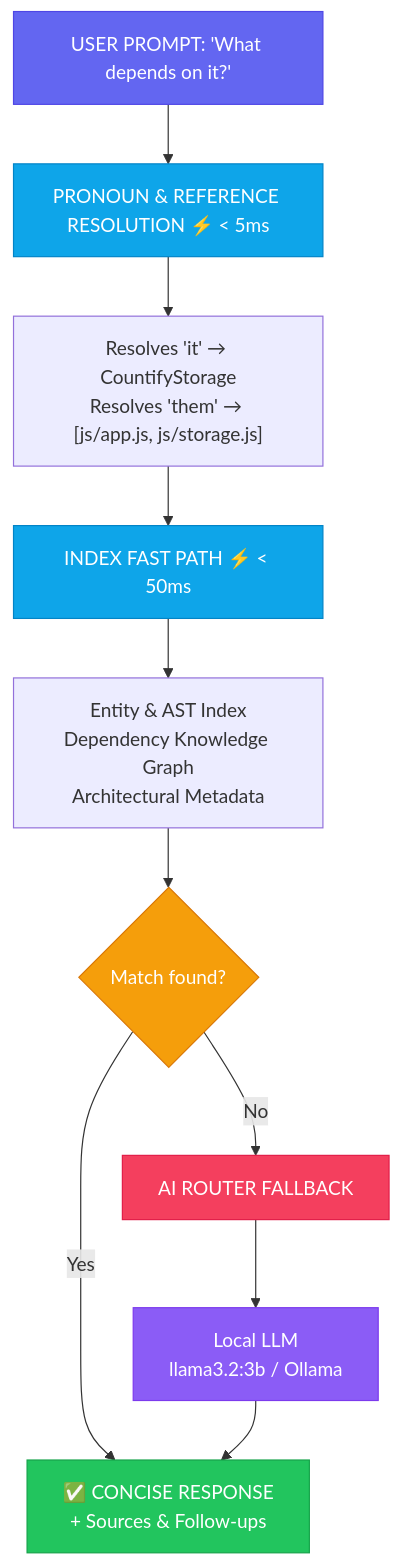
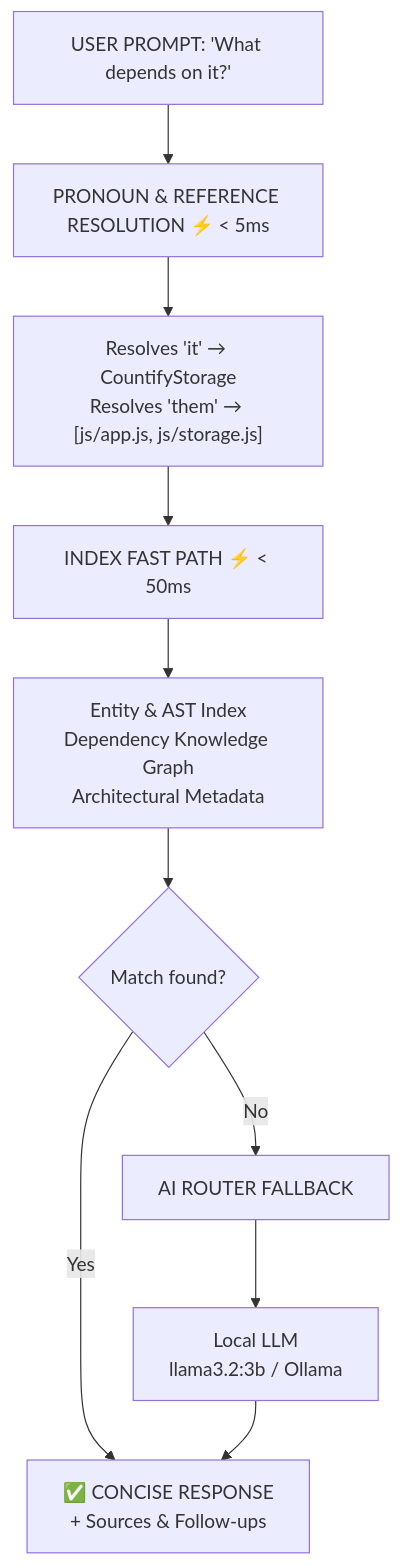
Before and after one commit to EldrexDelosReyesBula/DevDiff: the diagram in docs/features/conversational-qa.md, drawn with Mermaid. The commit also changed other lines of this file and 187 other files, not shown here.

First line of the commit message:
release: v1.8.0 — multi-registry distribution, plugin architecture & documentation overhaul

````diff
--- a/docs/features/conversational-qa.md
+++ b/docs/features/conversational-qa.md
@@ -9,20 +9,12 @@
 ```mermaid
 flowchart TD
     A["USER PROMPT: 'What depends on it?'"] --> B["PRONOUN & REFERENCE RESOLUTION ⚡ &lt; 5ms"]
     B --> C["Resolves 'it' → CountifyStorage<br/>Resolves 'them' → [js/app.js, js/storage.js]"]
     C --> D["INDEX FAST PATH ⚡ &lt; 50ms"]
     D --> E["Entity & AST Index<br/>Dependency Knowledge Graph<br/>Architectural Metadata"]
     E --> F{Match found?}
     F -->|Yes| G["✅ CONCISE RESPONSE<br/>+ Sources & Follow-ups"]
     F -->|No| H["AI ROUTER FALLBACK"]
     H --> I["Local LLM<br/>llama3.2:3b / Ollama"]
     I --> G
-
-    style A fill:#6366f1,color:#fff,stroke:#4f46e5
-    style B fill:#0ea5e9,color:#fff,stroke:#0284c7
-    style D fill:#0ea5e9,color:#fff,stroke:#0284c7
-    style F fill:#f59e0b,color:#fff,stroke:#d97706
-    style G fill:#22c55e,color:#fff,stroke:#16a34a
-    style H fill:#f43f5e,color:#fff,stroke:#e11d48
-    style I fill:#8b5cf6,color:#fff,stroke:#7c3aed
 ```
````
